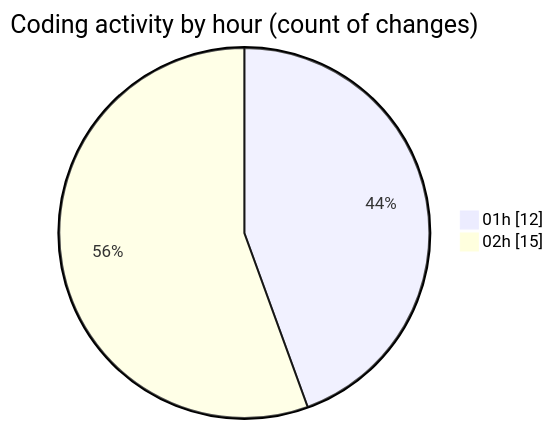
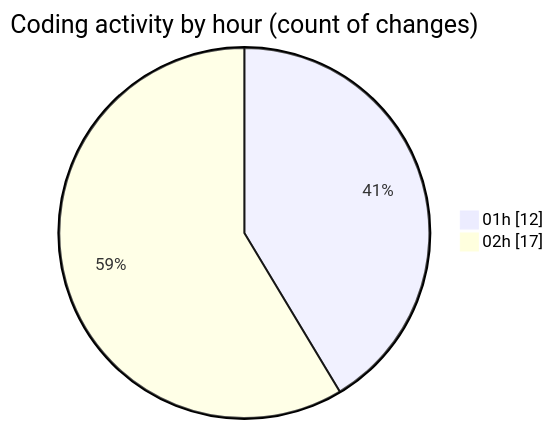
The second of 2 diagrams in 2025-11-16/eventscop-frontend-guide__workspace_/README.md (julien-gomy/code-tracking), drawn with Mermaid before and after one commit. The commit also changed other lines of this file and 1 other file, not shown here.

````diff
--- a/2025-11-16/eventscop-frontend-guide__workspace_/README.md
+++ b/2025-11-16/eventscop-frontend-guide__workspace_/README.md
@@ -36,6 +37,6 @@
 ```mermaid
 pie showData
 title Coding activity by hour (count of changes)
 "01h" : 12
-"02h" : 15
+"02h" : 17
 ```
````
